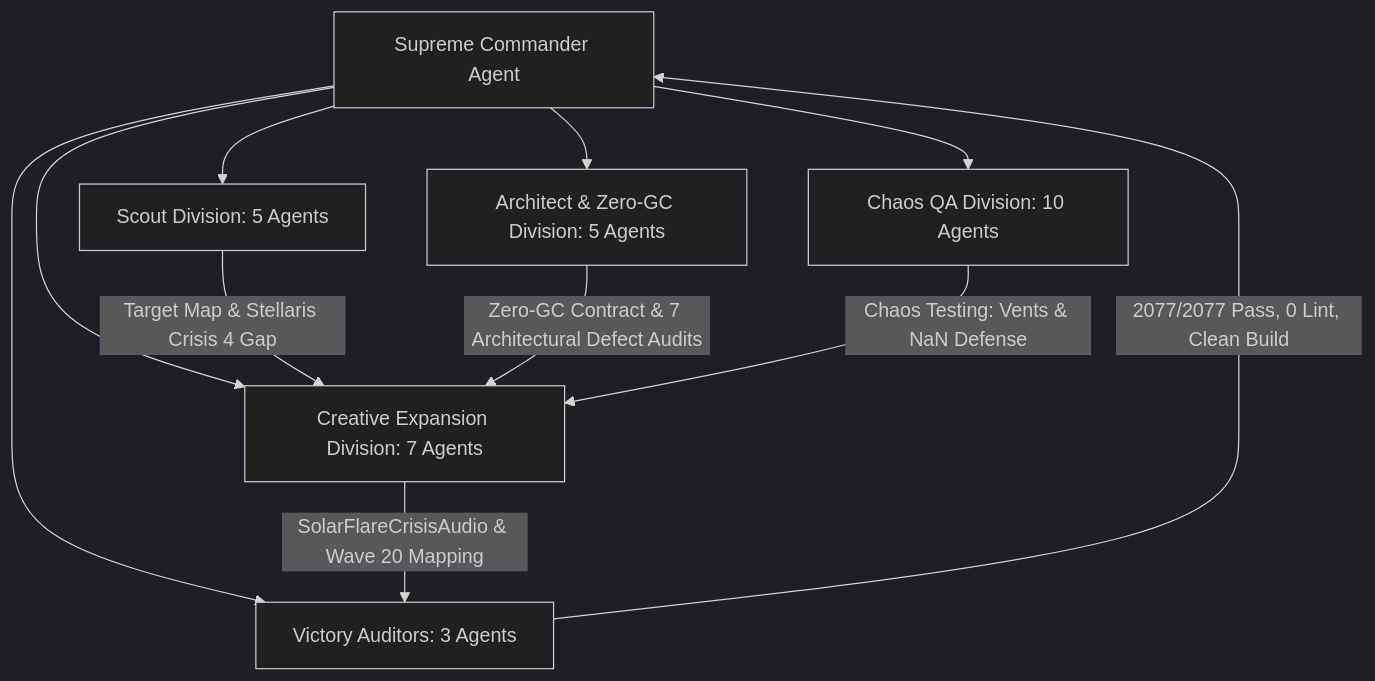
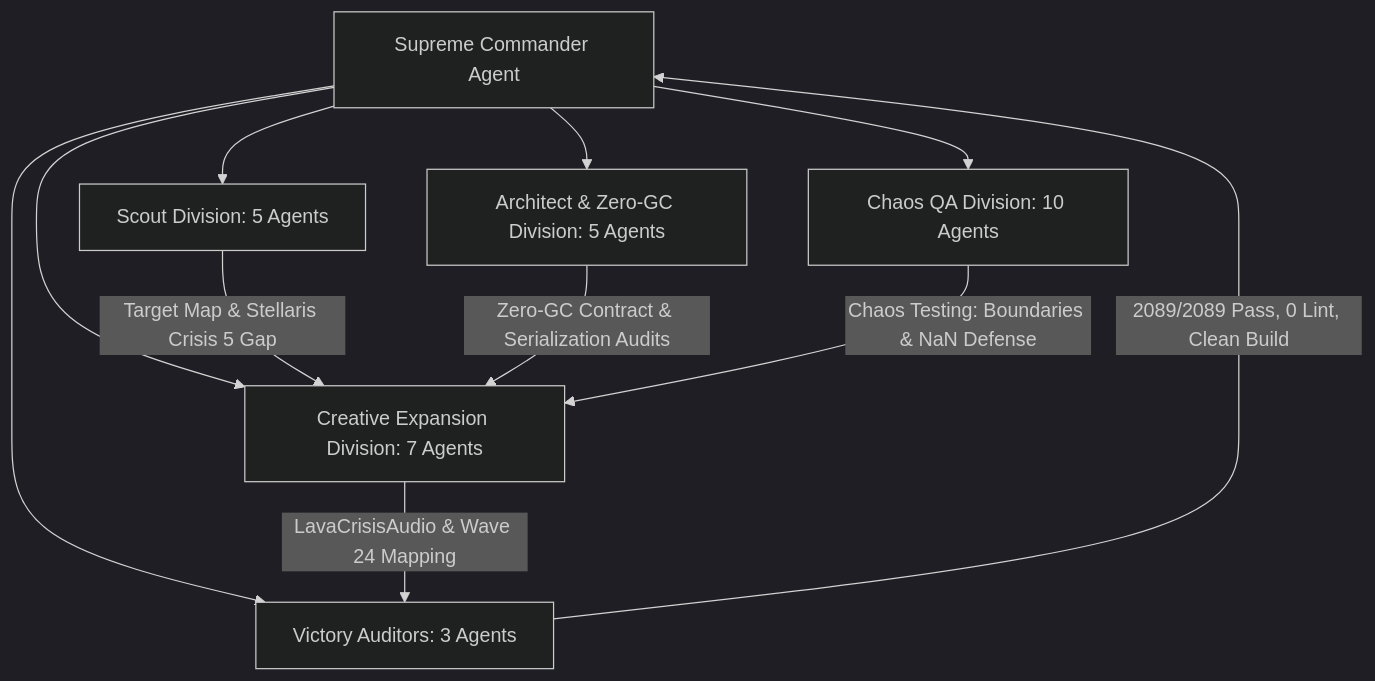
Before and after one commit to LeegwangYeol/bomberman-game: the diagram in DAILY_REPORT.md, drawn with Mermaid (dark theme). The commit also changed other lines of this file and 14 other files, not shown here.

````diff
--- a/DAILY_REPORT.md
+++ b/DAILY_REPORT.md
@@ -51,14 +49,14 @@
 ```mermaid
 flowchart TD
     SC[Supreme Commander Agent] --> SD[Scout Division: 5 Agents]
     SC --> AD[Architect & Zero-GC Division: 5 Agents]
     SC --> CQD[Chaos QA Division: 10 Agents]
     SC --> CED[Creative Expansion Division: 7 Agents]
     SC --> VA[Victory Auditors: 3 Agents]
 
-    SD -->|Target Map & Stellaris Crisis 4 Gap| CED
-    AD -->|Zero-GC Contract & 7 Architectural Defect Audits| CED
-    CQD -->|Chaos Testing: Vents & NaN Defense| CED
-    CED -->|SolarFlareCrisisAudio & Wave 20 Mapping| VA
-    VA -->|2077/2077 Pass, 0 Lint, Clean Build| SC
+    SD -->|Target Map & Stellaris Crisis 5 Gap| CED
+    AD -->|Zero-GC Contract & Serialization Audits| CED
+    CQD -->|Chaos Testing: Boundaries & NaN Defense| CED
+    CED -->|LavaCrisisAudio & Wave 24 Mapping| VA
+    VA -->|2089/2089 Pass, 0 Lint, Clean Build| SC
 ```
````
